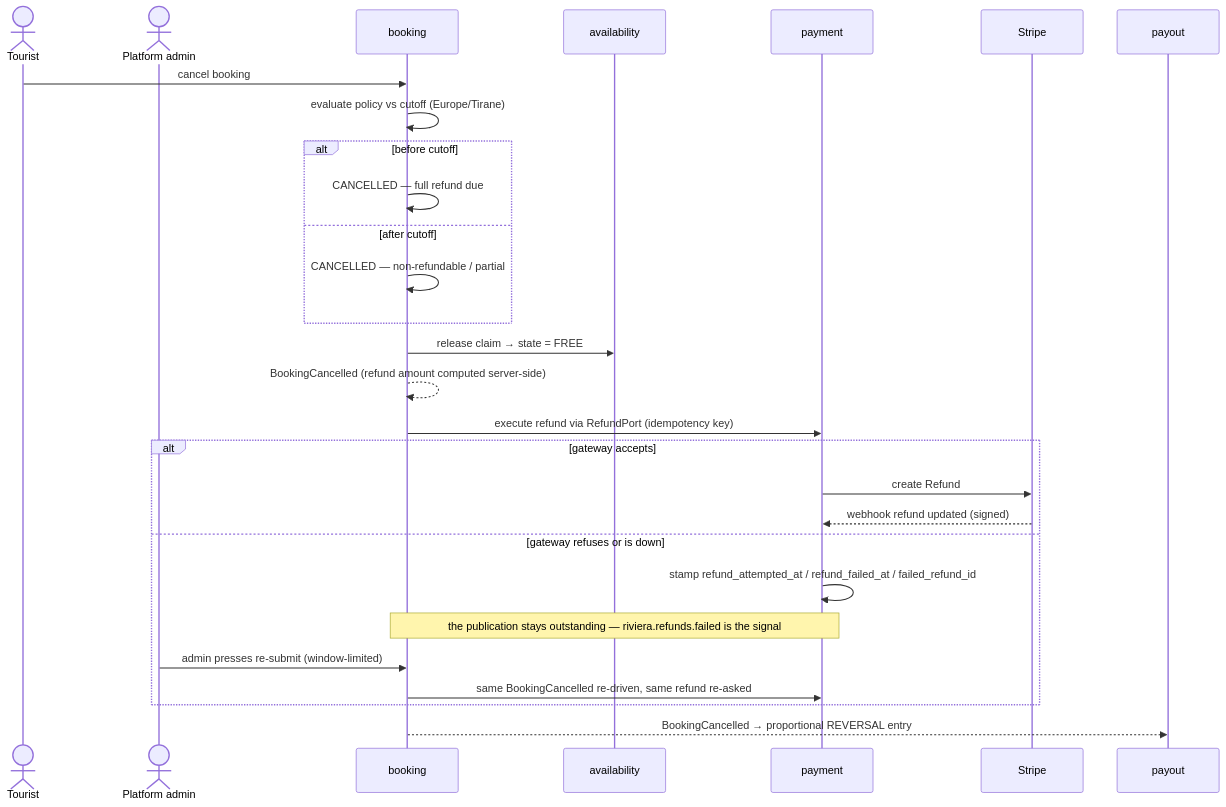
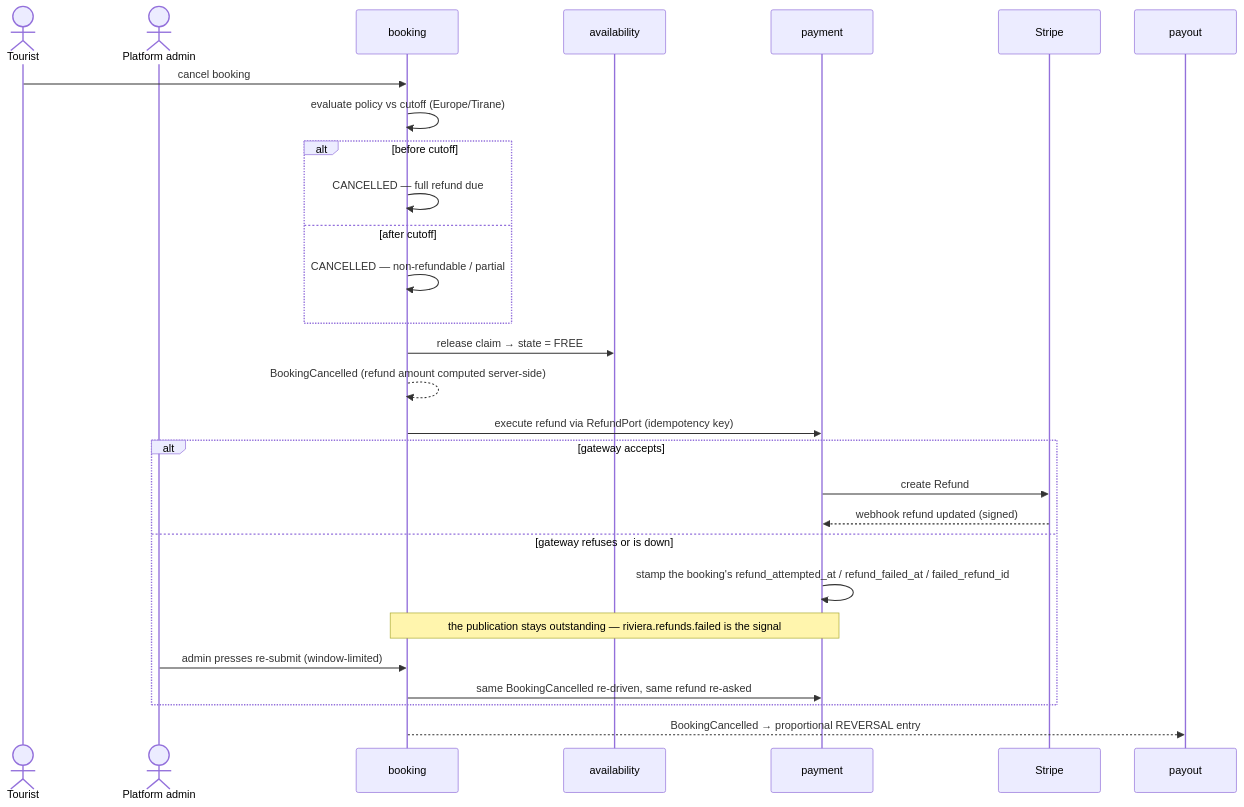
One commit to ivopogace/riviera-sunbed-booking changed diagram 13 of 15 in docs/architecture/domain-model.md. Above: the diagram before and after it, drawn with Mermaid. The commit also changed other lines of this file and 37 other files, not shown here.

````diff
--- a/docs/architecture/domain-model.md
+++ b/docs/architecture/domain-model.md
@@ -849,31 +857,31 @@
 ```mermaid
 sequenceDiagram
     actor T as Tourist
     actor Adm as Platform admin
     participant B as booking
     participant A as availability
     participant P as payment
     participant S as Stripe
     participant L as payout
 
     T->>B: cancel booking
     B->>B: evaluate policy vs cutoff (Europe/Tirane)
     alt before cutoff
         B->>B: CANCELLED — full refund due
     else after cutoff
         B->>B: CANCELLED — non-refundable / partial
     end
     B->>A: release claim → state = FREE
     B-->>B: BookingCancelled (refund amount computed server-side)
     B->>P: execute refund via RefundPort (idempotency key)
     alt gateway accepts
         P->>S: create Refund
         S-->>P: webhook refund updated (signed)
     else gateway refuses or is down
-        P->>P: stamp refund_attempted_at / refund_failed_at / failed_refund_id
+        P->>P: stamp the booking's refund_attempted_at / refund_failed_at / failed_refund_id
         Note over B,P: the publication stays outstanding — riviera.refunds.failed is the signal
         Adm->>B: admin presses re-submit (window-limited)
         B->>P: same BookingCancelled re-driven, same refund re-asked
     end
     B-->>L: BookingCancelled → proportional REVERSAL entry
 ```
````
